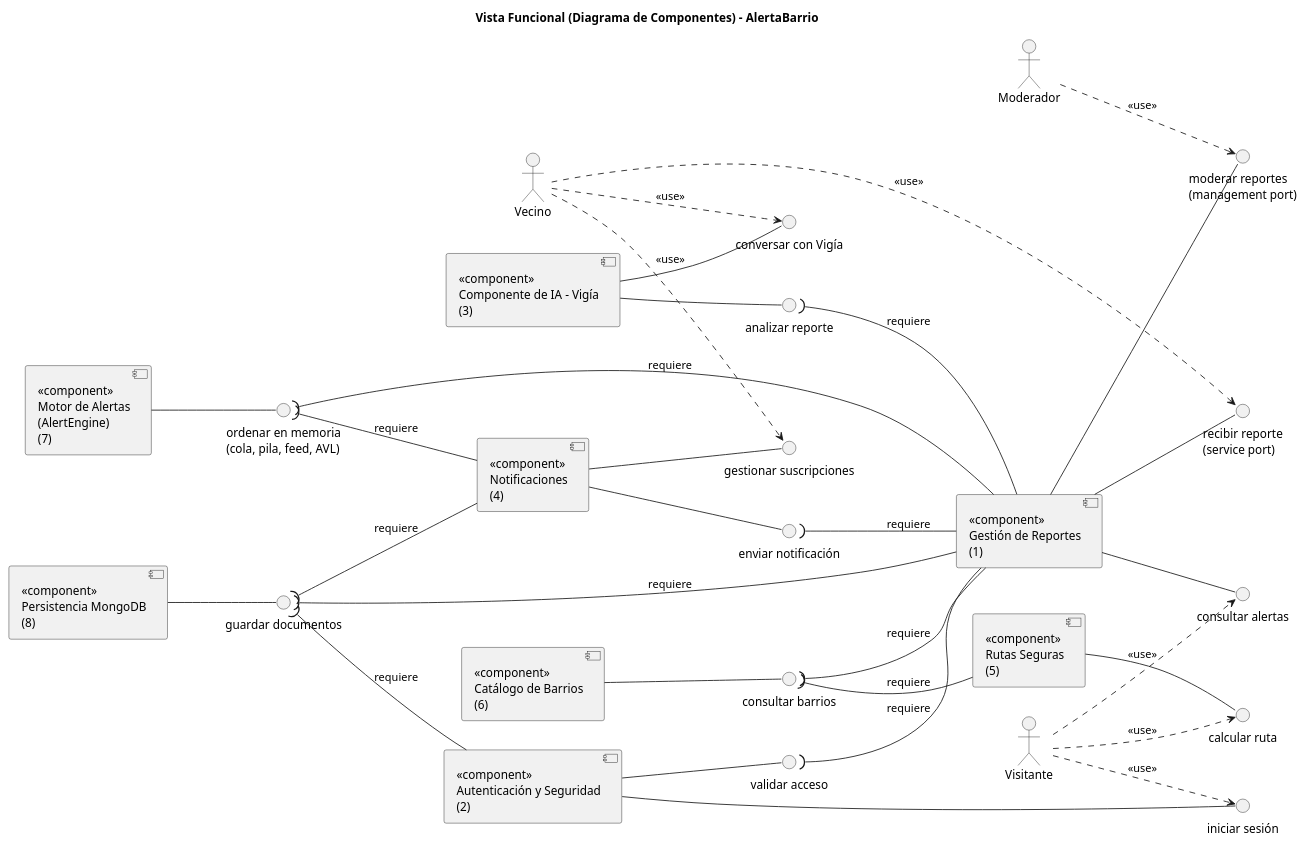
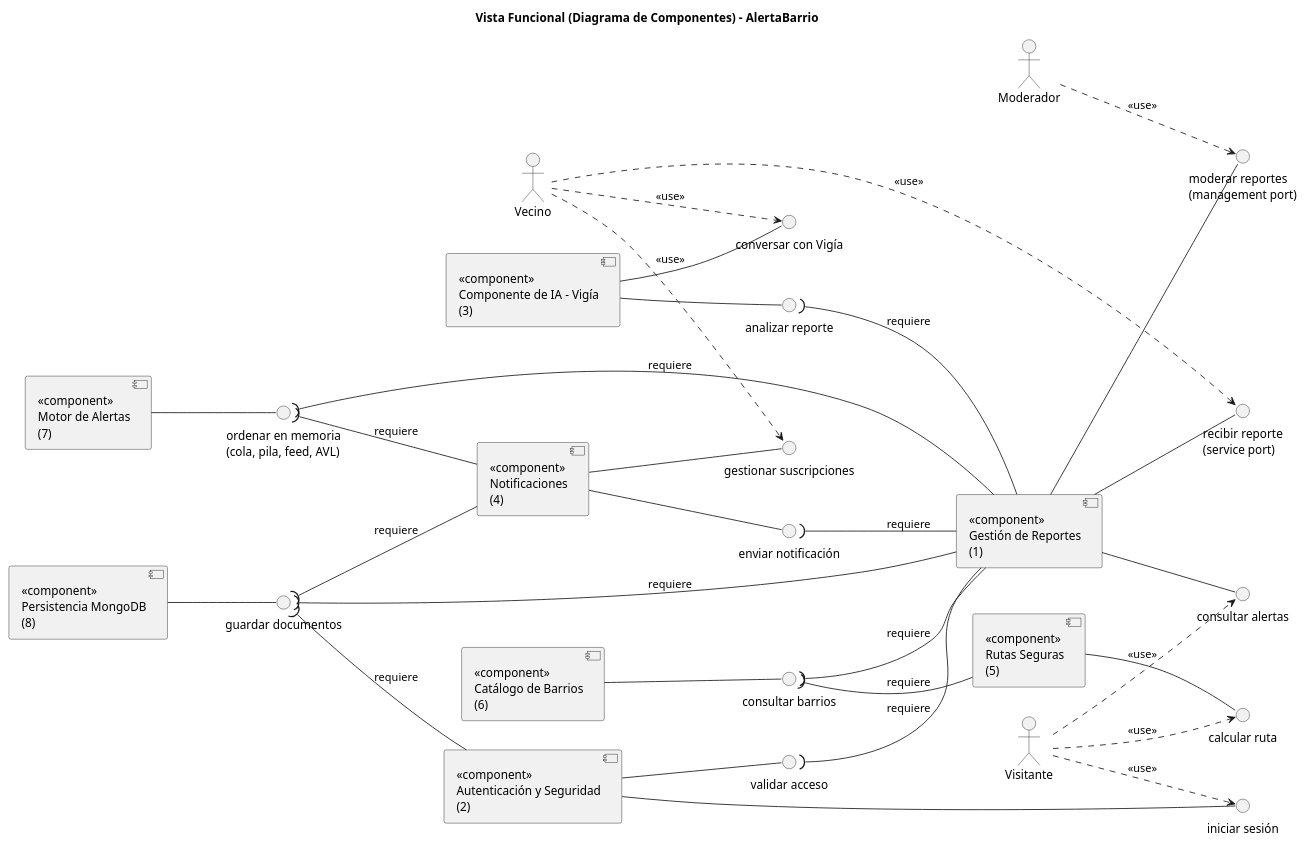
The diagram in docs/diagramas/2_vista_funcional.puml (neber18/AlertaBarrio-Diseno-de-Software), drawn with PlantUML before and after one commit. The commit also changed 8 other files, not shown here.

Commit message:
docs: diagramas 4+1 con nombres en español

```diff
--- a/docs/diagramas/2_vista_funcional.puml
+++ b/docs/diagramas/2_vista_funcional.puml
@@ -1,65 +1,65 @@
 @startuml Vista_Funcional_AlertaBarrio
 title Vista Funcional (Diagrama de Componentes) - AlertaBarrio
 skinparam componentStyle uml2
 left to right direction
 
 actor Visitante
 actor Vecino
 actor Moderador
 
 component "<<component>>\nAutenticación y Seguridad\n(2)" as Auth
 component "<<component>>\nComponente de IA - Vigía\n(3)" as IA
 component "<<component>>\nNotificaciones\n(4)" as Notif
 component "<<component>>\nCatálogo de Barrios\n(6)" as Cat
-component "<<component>>\nMotor de Alertas\n(AlertEngine)\n(7)" as Eng
+component "<<component>>\nMotor de Alertas\n(7)" as Eng
 component "<<component>>\nPersistencia MongoDB\n(8)" as Per
 component "<<component>>\nRutas Seguras\n(5)" as Rutas
 component "<<component>>\nGestión de Reportes\n(1)" as Rep
 
 () "iniciar sesión" as A0
 () "validar acceso" as A1
 () "analizar reporte" as I1
 () "conversar con Vigía" as I2
 () "enviar notificación" as N1
 () "gestionar suscripciones" as N2
 () "consultar barrios" as C1
 () "ordenar en memoria\n(cola, pila, feed, AVL)" as E1
 () "guardar documentos" as P1
 () "calcular ruta" as R1
 () "recibir reporte\n(service port)" as S1
 () "consultar alertas" as S2
 () "moderar reportes\n(management port)" as S3
 
 Auth -- A0
 Auth -- A1
 IA -- I1
 IA -- I2
 Notif -- N1
 Notif -- N2
 Cat -- C1
 Eng -- E1
 Per -- P1
 Rutas -- R1
 Rep -- S1
 Rep -- S2
 Rep -- S3
 
 A1 )-- Rep : requiere
 I1 )-- Rep : requiere
 N1 )-- Rep : requiere
 C1 )-- Rep : requiere
 E1 )-- Rep : requiere
 P1 )-- Rep : requiere
 C1 )-- Rutas : requiere
 E1 )-- Notif : requiere
 P1 )-- Notif : requiere
 P1 )-- Auth : requiere
 
 Visitante ..> A0 : <<use>>
 Visitante ..> S2 : <<use>>
 Visitante ..> R1 : <<use>>
 Vecino ..> S1 : <<use>>
 Vecino ..> N2 : <<use>>
 Vecino ..> I2 : <<use>>
 Moderador ..> S3 : <<use>>
 @enduml
```
